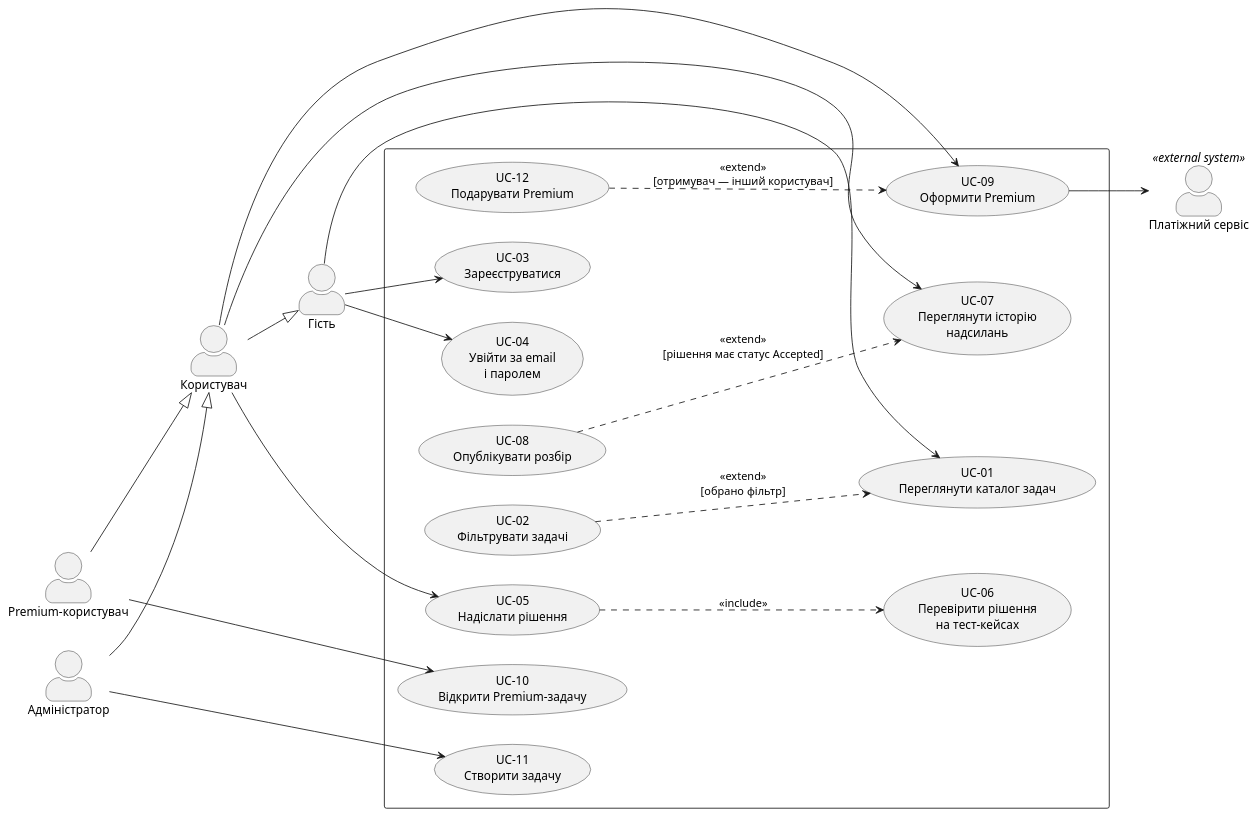
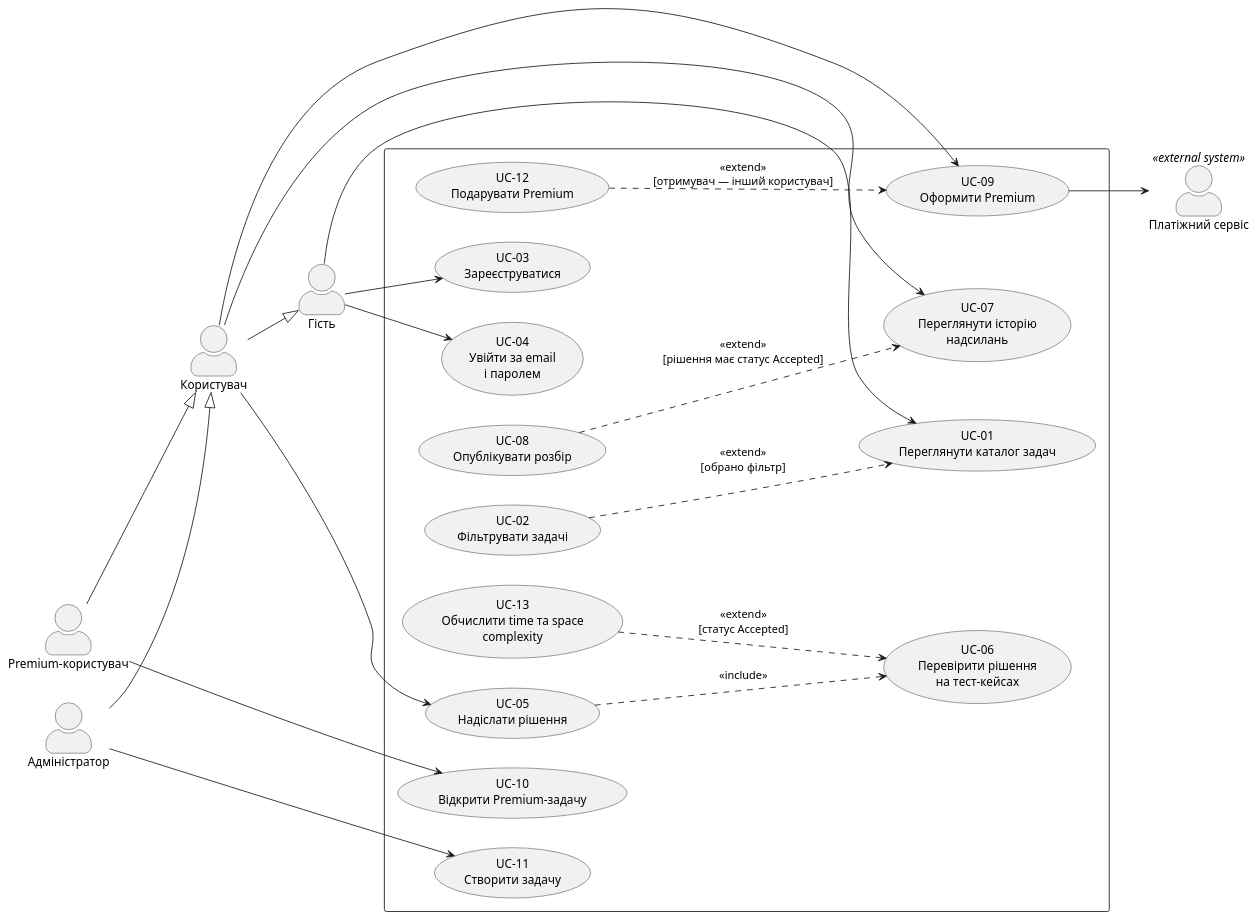
The diagram in lab2/usecase.puml (Cammp3r/KPI-2-LABS), drawn with PlantUML before and after one commit. The commit also changed 7 other files, not shown here.

Commit message:
added time and space complexity

```diff
--- a/lab2/usecase.puml
+++ b/lab2/usecase.puml
@@ -1,55 +1,57 @@
 @startuml usecase
 left to right direction
 skinparam packageStyle rectangle
 skinparam actorStyle awesome
 
 ' ===== Актори-люди (ліворуч) =====
 actor "Гість" as Guest
 actor "Користувач" as User
 actor "Premium-користувач" as Premium
 actor "Адміністратор" as Admin
 
 ' ===== Узагальнення акторів =====
 User --|> Guest
 Premium --|> User
 Admin --|> User
 
 ' ===== Межа системи =====
 rectangle {
   usecase "UC-01\nПереглянути каталог задач" as UC01
   usecase "UC-02\nФільтрувати задачі" as UC02
   usecase "UC-03\nЗареєструватися" as UC03
   usecase "UC-04\nУвійти за email\nі паролем" as UC04
   usecase "UC-05\nНадіслати рішення" as UC05
   usecase "UC-06\nПеревірити рішення\nна тест-кейсах" as UC06
   usecase "UC-07\nПереглянути історію\nнадсилань" as UC07
   usecase "UC-08\nОпублікувати розбір" as UC08
   usecase "UC-09\nОформити Premium" as UC09
   usecase "UC-10\nВідкрити Premium-задачу" as UC10
   usecase "UC-11\nСтворити задачу" as UC11
   usecase "UC-12\nПодарувати Premium" as UC12
+  usecase "UC-13\nОбчислити time та space\ncomplexity" as UC13
 }
 
 ' ===== Зовнішні системи (праворуч) =====
 actor "Платіжний сервіс" as Pay <<external system>>
 
 ' ===== Асоціації: основні актори =====
 Guest --> UC01
 Guest --> UC03
 Guest --> UC04
 User --> UC05
 User --> UC07
 User --> UC09
 Premium --> UC10
 Admin --> UC11
 
 ' ===== Асоціації: зовнішні системи =====
 UC09 --> Pay
 
 ' ===== include / extend =====
 UC05 ..> UC06 : <<include>>
+UC13 ..> UC06 : <<extend>>\n[статус Accepted]
 UC02 ..> UC01 : <<extend>>\n[обрано фільтр]
 UC08 ..> UC07 : <<extend>>\n[рішення має статус Accepted]
 UC12 ..> UC09 : <<extend>>\n[отримувач — інший користувач]
 
 @enduml
```
